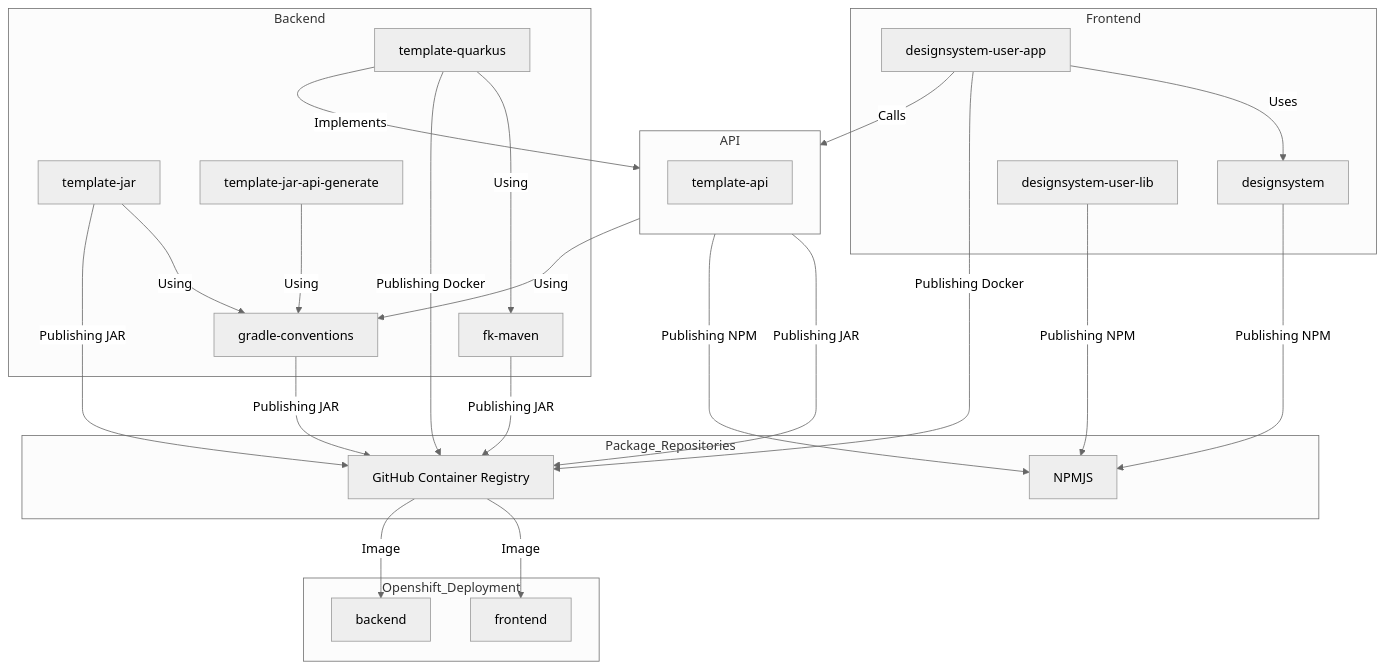
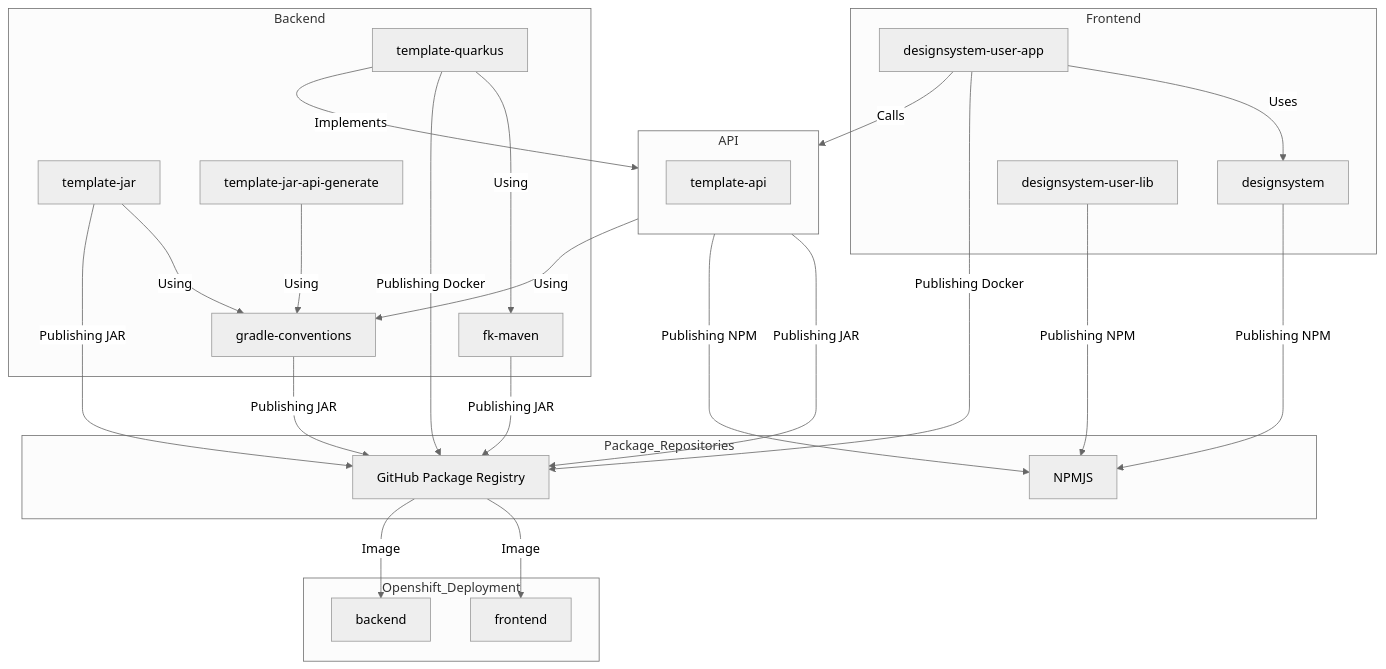
One commit to Forsakringskassan/.github changed the diagram in profile/README.md. Above: the diagram before and after it, drawn with Mermaid (neutral theme).

Commit message:
Update GitHub Container Registry to Package Registry

````diff
--- a/profile/README.md
+++ b/profile/README.md
@@ -36,62 +36,62 @@
 ```mermaid
 graph TD
     %% Backend nodes
     subgraph Backend
         C1[fk-maven]
         C2[gradle-conventions]
         C3[template-quarkus]
         C4[template-jar]
         C5[template-jar-api-generate]
 
         C3 -->|Using| C1
         C5 -->|Using| C2
         C4 -->|Using| C2
     end
 
     %% API nodes
     subgraph API
         direction TB
         B1[template-api]
         B1 -->|Using| C2
     end
 
     %% Frontend nodes
     subgraph Frontend
         A1[designsystem]
         A2[designsystem-user-app]
         A3[designsystem-user-lib]
 
         A2 -->|Uses| A1
         A2 -->|Calls| B1
     end
 
     %% Repository subgraph
     subgraph Package_Repositories
-        GHRepo[GitHub Container Registry]
+        GHRepo[GitHub Package Registry]
         NPM[NPMJS]
     end
 
     %% Openshift deployment
     subgraph Openshift_Deployment
         K3[backend]
         K2[frontend]
     end
 
     %% Cross-subgraph links
     C3 -->|Implements| B1
 
     %% Publishing arrows
     C1 -->|Publishing JAR| GHRepo
     C2 -->|Publishing JAR| GHRepo
     C3 -->|Publishing Docker| GHRepo
     C4 -->|Publishing JAR| GHRepo
     B1 -->|Publishing JAR| GHRepo
     B1 -->|Publishing NPM| NPM
     A1 -->|Publishing NPM| NPM
     A2 -->|Publishing Docker| GHRepo
     A3 -->|Publishing NPM| NPM
 
     %% Docker to Openshift deployment flows
     GHRepo -->|Image| K2
     GHRepo -->|Image| K3
 ```
````
